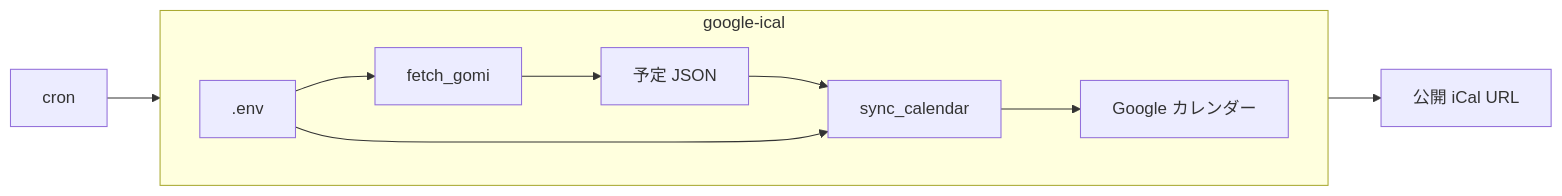
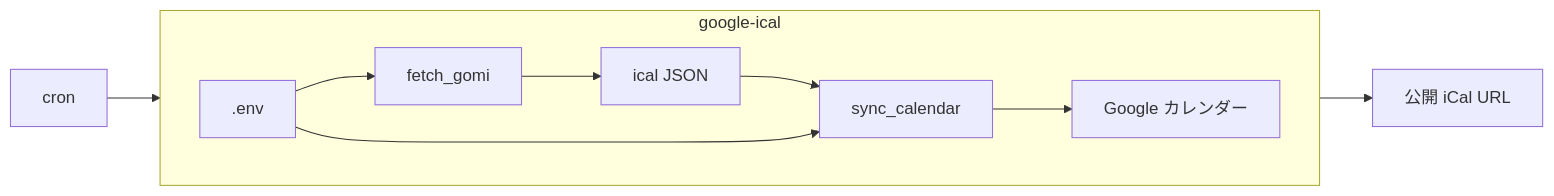
Before and after one commit to ryofujimotox/google-ical: the diagram in AGENTS.md, drawn with Mermaid. The commit also changed other lines of this file and 13 other files, not shown here.

First line of the commit message:
♻️ Refactor: ical_jsons と json_sources へディレクトリ移行

````diff
--- a/AGENTS.md
+++ b/AGENTS.md
@@ -17,15 +17,15 @@
 ```mermaid
 flowchart LR
   cron["cron"] --> batch
 
   subgraph batch["google-ical"]
     direction LR
-    fetchGomi["fetch_gomi"] --> eventsJson["予定 JSON"]
-    eventsJson --> syncCal["sync_calendar"]
+    fetchGomi["fetch_gomi"] --> icalJsons["ical JSON"]
+    icalJsons --> syncCal["sync_calendar"]
     env[".env"] --> fetchGomi
     env --> syncCal
     syncCal --> gcal["Google カレンダー"]
   end
 
   gcal --> publicIcal["公開 iCal URL"]
 ```
````
